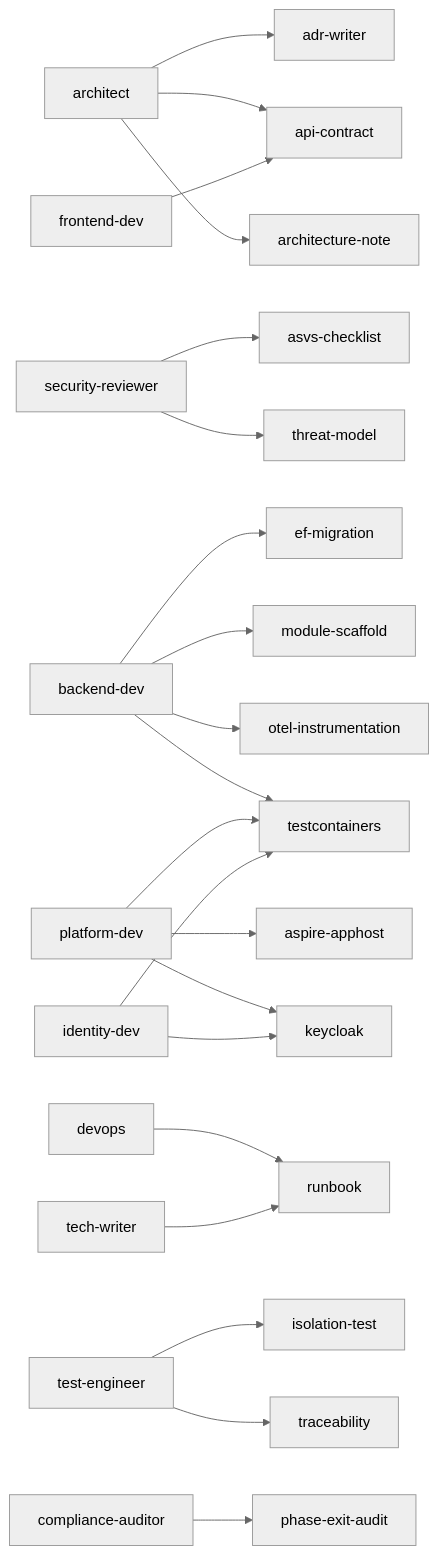
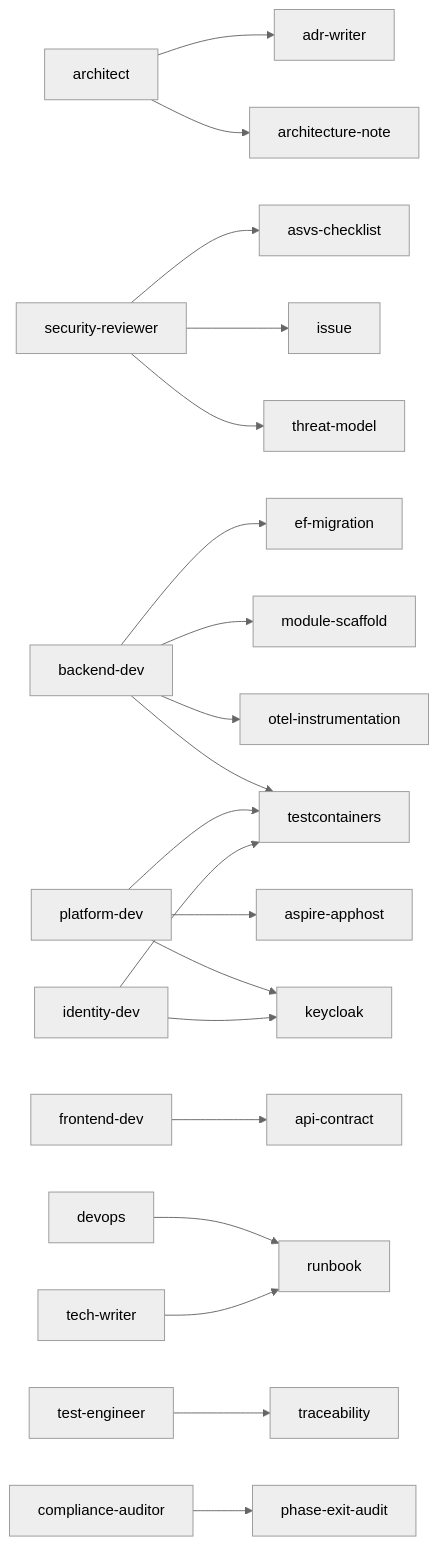
Before and after one commit to mpcs2013/decisya: the third of 3 diagrams in docs/ai/README.md, drawn with Mermaid (neutral theme). The commit also changed other lines of this file and 92 other files, not shown here.

````diff
--- a/docs/ai/README.md
+++ b/docs/ai/README.md
@@ -168,23 +168,22 @@
 ```mermaid
 flowchart LR
   a_architect["architect"] --> s_adr_writer["adr-writer"]
-  a_architect["architect"] --> s_api_contract["api-contract"]
   a_architect["architect"] --> s_architecture_note["architecture-note"]
   a_security_reviewer["security-reviewer"] --> s_asvs_checklist["asvs-checklist"]
+  a_security_reviewer["security-reviewer"] --> s_issue["issue"]
   a_security_reviewer["security-reviewer"] --> s_threat_model["threat-model"]
   a_backend_dev["backend-dev"] --> s_ef_migration["ef-migration"]
   a_backend_dev["backend-dev"] --> s_module_scaffold["module-scaffold"]
   a_backend_dev["backend-dev"] --> s_otel_instrumentation["otel-instrumentation"]
   a_backend_dev["backend-dev"] --> s_testcontainers["testcontainers"]
   a_platform_dev["platform-dev"] --> s_aspire_apphost["aspire-apphost"]
   a_platform_dev["platform-dev"] --> s_keycloak["keycloak"]
   a_platform_dev["platform-dev"] --> s_testcontainers["testcontainers"]
   a_identity_dev["identity-dev"] --> s_keycloak["keycloak"]
   a_identity_dev["identity-dev"] --> s_testcontainers["testcontainers"]
   a_frontend_dev["frontend-dev"] --> s_api_contract["api-contract"]
   a_devops["devops"] --> s_runbook["runbook"]
-  a_test_engineer["test-engineer"] --> s_isolation_test["isolation-test"]
   a_test_engineer["test-engineer"] --> s_traceability["traceability"]
   a_compliance_auditor["compliance-auditor"] --> s_phase_exit_audit["phase-exit-audit"]
   a_tech_writer["tech-writer"] --> s_runbook["runbook"]
 ```
````
